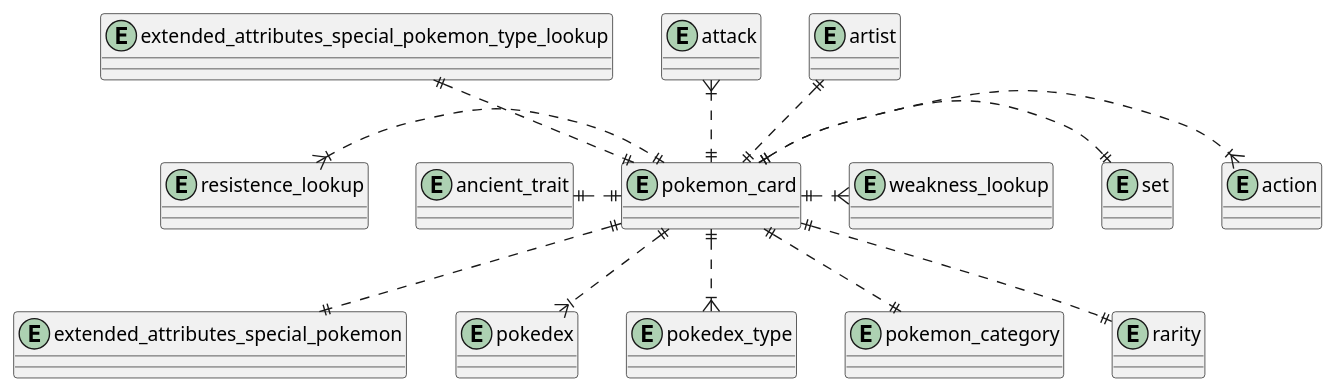
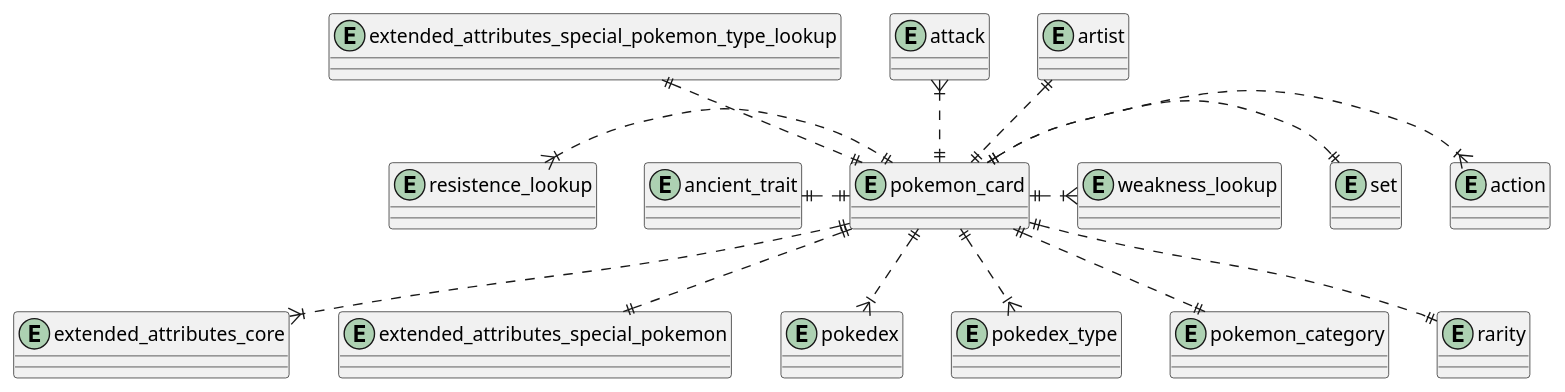
The diagram in schema/entity_relationship_diagrams/pokemon-card-relationships.puml (pkgreen90/pokemon-tcg-data), drawn with PlantUML before and after one commit. The commit also changed 13 other files, not shown here.

Commit message:
Updated puml diagrams, trainer and energy cards. Added missing type attributes.

```diff
--- a/schema/entity_relationship_diagrams/pokemon-card-relationships.puml
+++ b/schema/entity_relationship_diagrams/pokemon-card-relationships.puml
@@ -1,32 +1,34 @@
 @startuml pokemon-card-relationships
 
 entity "action" as action {}
 entity "ancient_trait" as ancient_trait {}
 entity "artist" as artist {}
 entity "attack" as attack {}
+entity "extended_attributes_core" as extended_attributes_core {}
 entity "extended_attributes_special_pokemon" as extended_attributes_special_pokemon {}
 entity "extended_attributes_special_pokemon_type_lookup" as extended_attributes_special_pokemon_type_lookup {}
 entity "pokedex" as pokedex {}
 entity "pokedex_type" as pokedex_type {}
 entity "pokemon_card" as pokemon_card {}
 entity "pokemon_category" as pokemon_category {}
 entity "rarity" as rarity {}
 entity "resistence_lookup" as resistence_lookup {}
 entity "set" as set {}
 entity "weakness_lookup" as weakness_lookup {}
 
 pokemon_card ||..right|{ action
 pokemon_card ||..left|| ancient_trait
 pokemon_card ||..up|| artist
 pokemon_card ||..up|{ attack
+pokemon_card ||..|{ extended_attributes_core
 pokemon_card ||..|| extended_attributes_special_pokemon
 pokemon_card ||..up|| extended_attributes_special_pokemon_type_lookup
 pokemon_card ||..|{ pokedex
 pokemon_card ||..down|{ pokedex_type
 pokemon_card ||..down|| pokemon_category
 pokemon_card ||..down|| rarity
 pokemon_card ||..left|{ resistence_lookup
 pokemon_card ||..right|| set
 pokemon_card ||..right|{ weakness_lookup
 
 @enduml
```
